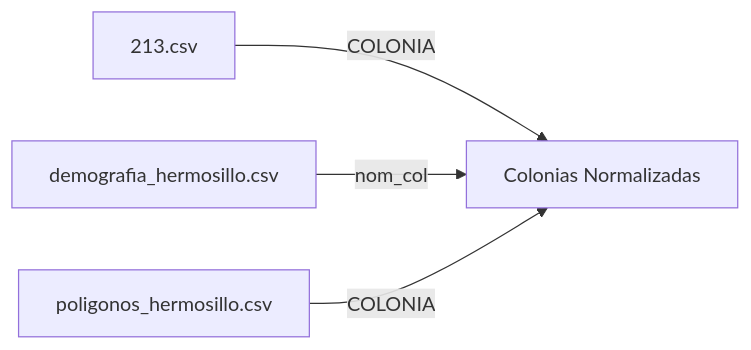
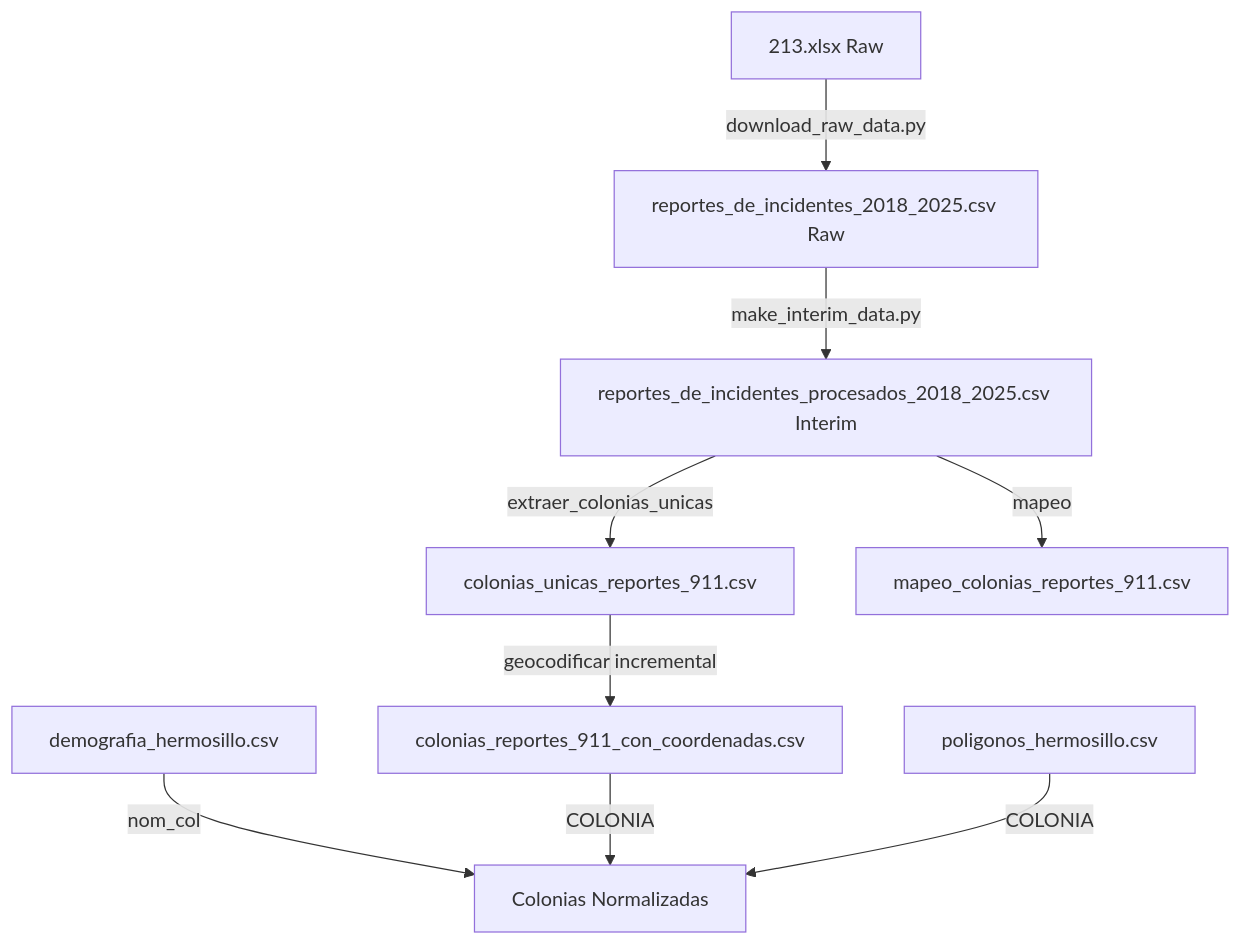
One commit to Equipo-seguridad-y-desarrollo/indice-delictivo-hermosillo changed the diagram in docs/DICCIONARIO_DE_DATOS.md. Above: the diagram before and after it, drawn with Mermaid. The commit also changed other lines of this file and 2 other files, not shown here.

Commit message:
Actualizar documentación completa con pipeline v2.0: Hugging Face, procesamiento interim, feature engineering, geocodificación incremental

````diff
--- a/docs/DICCIONARIO_DE_DATOS.md
+++ b/docs/DICCIONARIO_DE_DATOS.md
@@ -501,6 +778,11 @@
 ```mermaid
-graph LR
-    A[213.csv] -->|COLONIA| D[Colonias Normalizadas]
-    B[demografia_hermosillo.csv] -->|nom_col| D
-    C[poligonos_hermosillo.csv] -->|COLONIA| D
+graph TD
+    A[213.xlsx Raw] -->|download_raw_data.py| B[reportes_de_incidentes_2018_2025.csv Raw]
+    B -->|make_interim_data.py| C[reportes_de_incidentes_procesados_2018_2025.csv Interim]
+    C -->|extraer_colonias_unicas| D[colonias_unicas_reportes_911.csv]
+    D -->|geocodificar incremental| E[colonias_reportes_911_con_coordenadas.csv]
+    C -->|mapeo| F[mapeo_colonias_reportes_911.csv]
+    G[demografia_hermosillo.csv] -->|nom_col| H[Colonias Normalizadas]
+    E -->|COLONIA| H
+    I[poligonos_hermosillo.csv] -->|COLONIA| H
 ```
````
